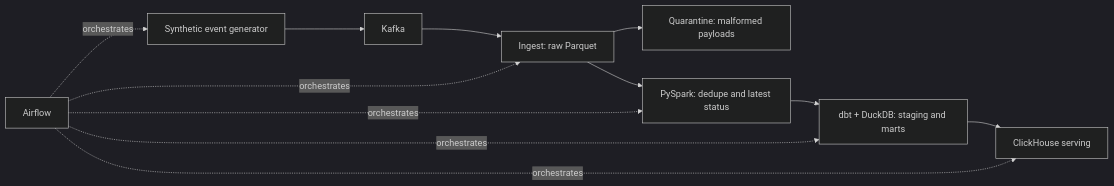
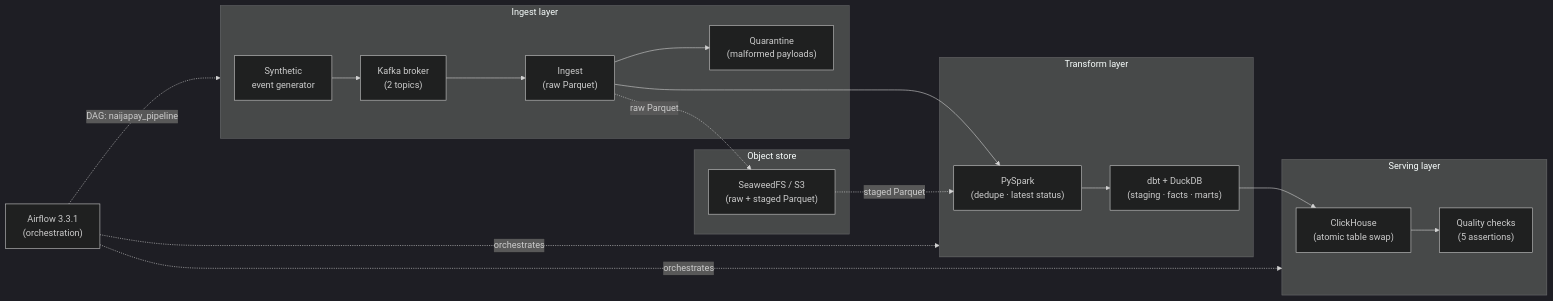
The diagram in README.md (laurence702/payment-settlement-lakehouse), drawn with Mermaid (dark theme) before and after one commit. The commit also changed other lines of this file, not shown here.

First line of the commit message:
Update README with v0.2 benchmarks, enriched architecture diagram, and corrected test count

````diff
--- a/README.md
+++ b/README.md
@@ -27,14 +27,28 @@
 ```mermaid
 flowchart LR
-    G["Synthetic event generator"] --> K[Kafka]
-    K --> I["Ingest: raw Parquet"]
-    I --> Q["Quarantine: malformed payloads"]
-    I --> S["PySpark: dedupe and latest status"]
-    S --> D["dbt + DuckDB: staging and marts"]
-    D --> C["ClickHouse serving"]
-    A[Airflow] -. orchestrates .-> G
-    A -. orchestrates .-> I
-    A -. orchestrates .-> S
-    A -. orchestrates .-> D
-    A -. orchestrates .-> C
+    subgraph Ingest["Ingest layer"]
+        G["Synthetic\nevent generator"] --> K["Kafka broker\n(2 topics)"] --> I["Ingest\n(raw Parquet)"]
+        I --> Q["Quarantine\n(malformed payloads)"]
+    end
+
+    subgraph Transform["Transform layer"]
+        I --> SP["PySpark\n(dedupe · latest status)"]
+        SP --> DBT["dbt + DuckDB\n(staging · facts · marts)"]
+    end
+
+    subgraph Serve["Serving layer"]
+        DBT --> CH["ClickHouse\n(atomic table swap)"]
+        CH --> QC["Quality checks\n(5 assertions)"]
+    end
+
+    subgraph Store["Object store"]
+        S3["SeaweedFS / S3\n(raw + staged Parquet)"]
+    end
+
+    I -. raw Parquet .-> S3
+    S3 -. staged Parquet .-> SP
+
+    A["Airflow 3.3.1\n(orchestration)"] -. DAG: naijapay_pipeline .-> Ingest
+    A -. orchestrates .-> Transform
+    A -. orchestrates .-> Serve
 ```
````
